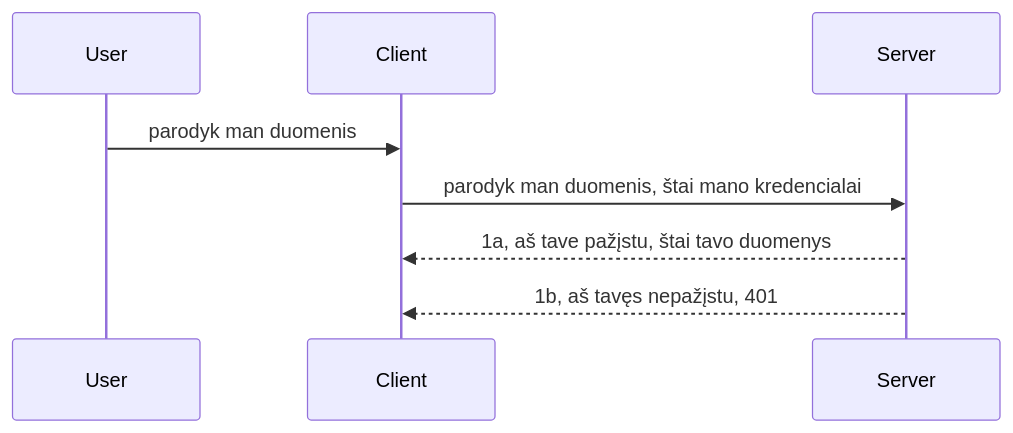
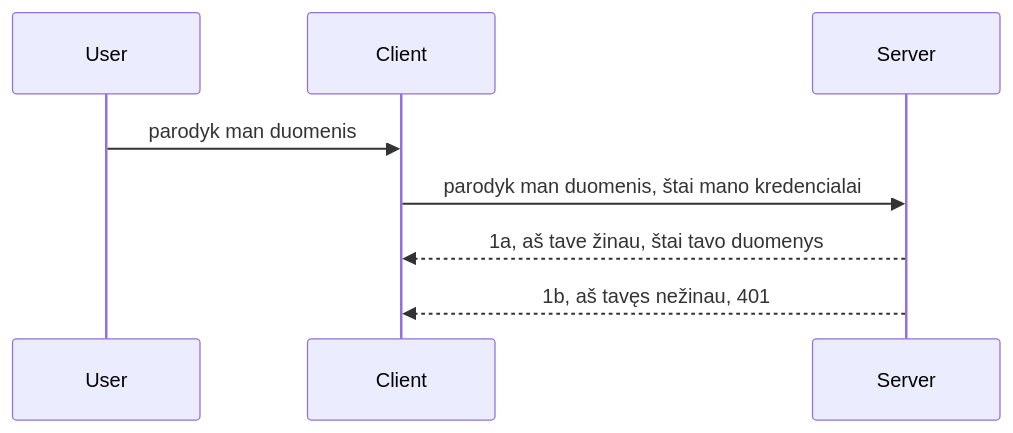
The diagram in mcp_ecosystem__model_context_protocol/mcp_learning_resources/mcp-for-beginners/translations/lt/03-GettingStarted/11-simple-auth/README.md (HIDORAKAI002/ai-workspace-archive), drawn with Mermaid before and after one commit. The commit also changed other lines of this file and 1046 other files, not shown here.

````diff
--- a/mcp_ecosystem__model_context_protocol/mcp_learning_resources/mcp-for-beginners/translations/lt/03-GettingStarted/11-simple-auth/README.md
+++ b/mcp_ecosystem__model_context_protocol/mcp_learning_resources/mcp-for-beginners/translations/lt/03-GettingStarted/11-simple-auth/README.md
@@ -24,11 +24,11 @@
 ```mermaid
 sequenceDiagram
    participant User
    participant Client
    participant Server
 
    User->>Client: parodyk man duomenis
    Client->>Server: parodyk man duomenis, štai mano kredencialai
-   Server-->>Client: 1a, aš tave pažįstu, štai tavo duomenys
-   Server-->>Client: 1b, aš tavęs nepažįstu, 401 
-```  
+   Server-->>Client: 1a, aš tave žinau, štai tavo duomenys
+   Server-->>Client: 1b, aš tavęs nežinau, 401 
+```
````
